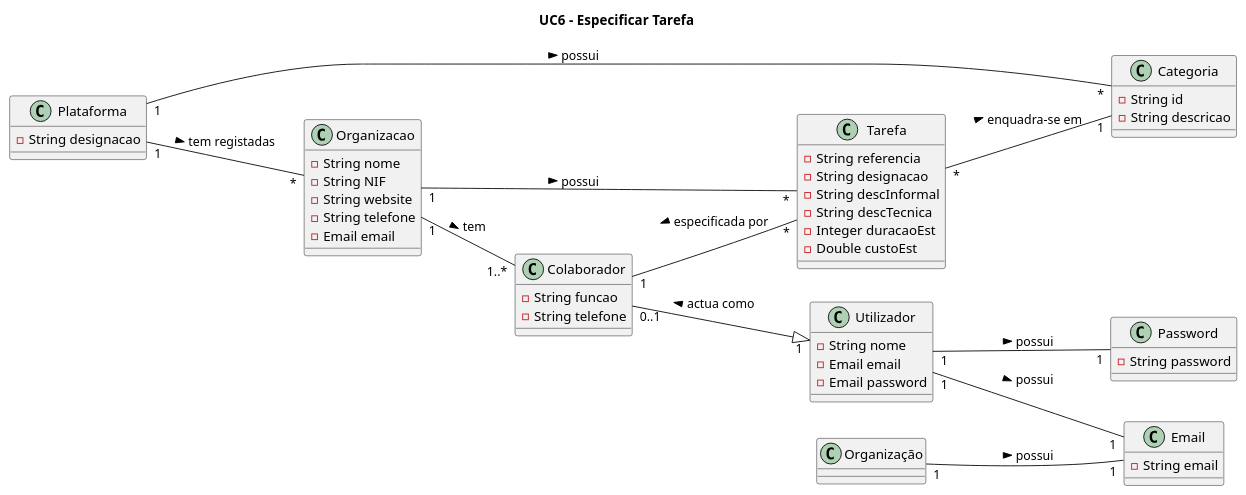
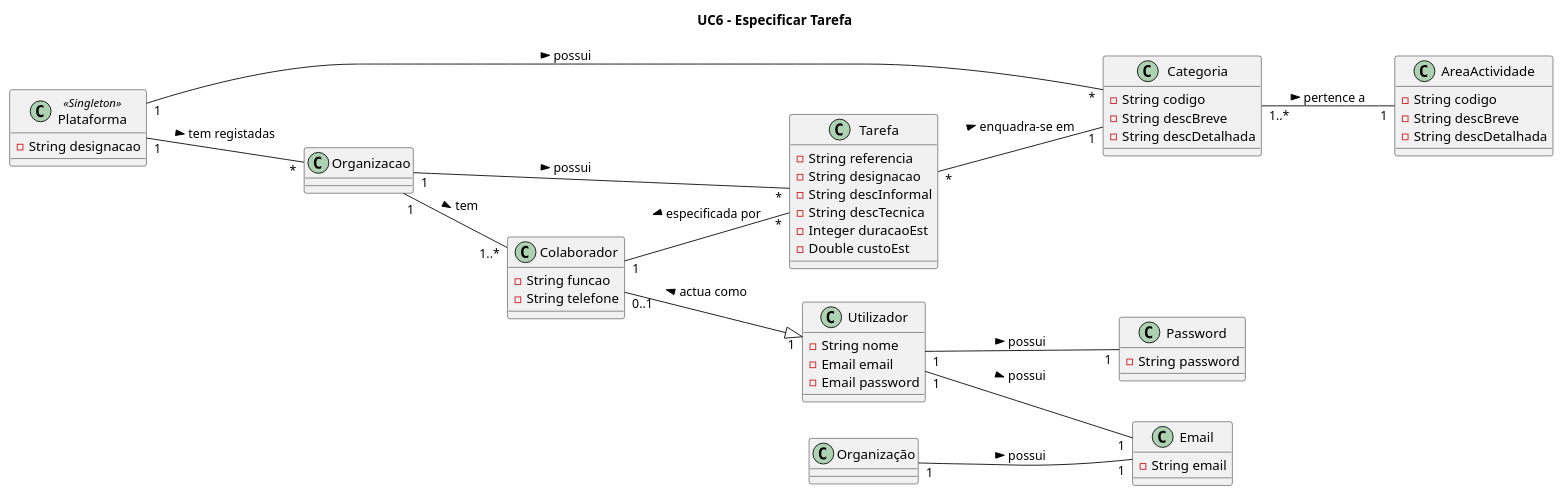
The diagram in Documentação/Sprint 2/UC06_Especificar_Tarefa/UC06_Especificar_Tarefa_Modelo_Dominio.puml (blestonbandeiraUPSKILL/upskill_java1_labprg_grupo2), drawn with PlantUML before and after one commit. The commit also changed 8 other files, not shown here.

```diff
--- a/Documentação/Sprint 2/UC06_Especificar_Tarefa/UC06_Especificar_Tarefa_Modelo_Dominio.puml
+++ b/Documentação/Sprint 2/UC06_Especificar_Tarefa/UC06_Especificar_Tarefa_Modelo_Dominio.puml
@@ -1,63 +1,63 @@
 @startuml
 
 title UC6 - Especificar Tarefa
 left to right direction
 
-class Plataforma {
+class Plataforma <<Singleton>>{
     -String designacao
-}
-
-class Organizacao {
-    -String nome
-    -String NIF
-    -String website
-    -String telefone
-    -Email email
 }
 
 class Colaborador {
     -String funcao
     -String telefone
 }
 
 class Tarefa {
     -String referencia
     -String designacao
     -String descInformal
     -String descTecnica
     -Integer duracaoEst
     -Double custoEst
 }
 
 class Utilizador {
     -String nome
     -Email email
     -Email password
 }
 
 class Email {
     -String email
 }
 
 class Password {
     -String password
 }
 
 class Categoria {
-    -String id
-    -String descricao
+    -String codigo
+    -String descBreve
+    -String descDetalhada
+}
+
+class AreaActividade {
+    -String codigo
+    -String descBreve
+    -String descDetalhada
 }
 
 Plataforma"1" -- "*"Organizacao: tem registadas >
 Organizacao"1" -- "1..*"Colaborador: tem >
 Colaborador"1" -- "*"Tarefa: especificada por <
 Organizacao"1" -- "*"Tarefa: possui >
 Tarefa"*" -- "1"Categoria: enquadra-se em >
+Categoria"1..*" -- "1"AreaActividade: pertence a > 
 Plataforma"1" -- "*"Categoria: possui >
 Colaborador"0..1" --|> "1"Utilizador: actua como <
 Utilizador "1" -- "1"Email: possui >
 Utilizador "1" -- "1"Password: possui >
 Organização "1" -- "1"Email: possui >
 
 
 @enduml
```
